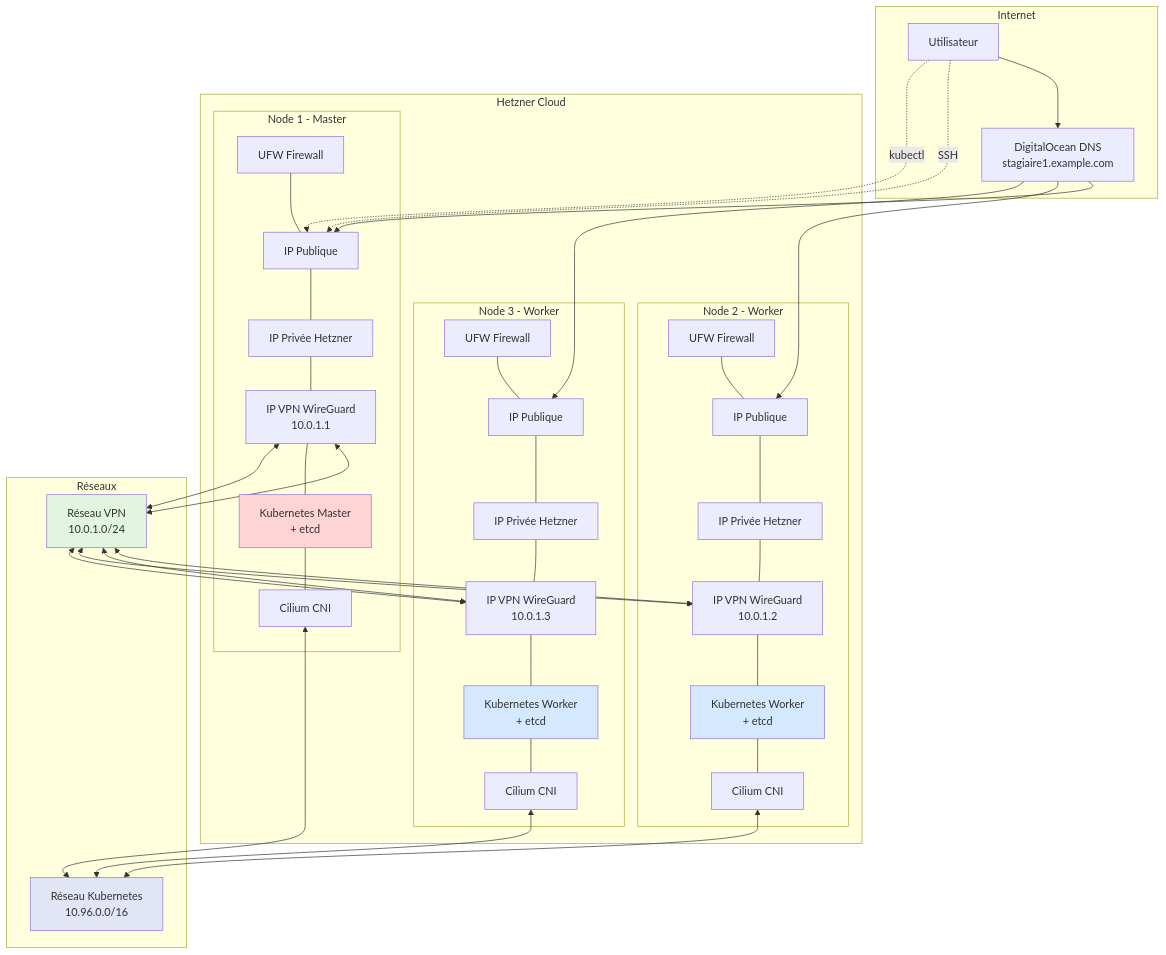
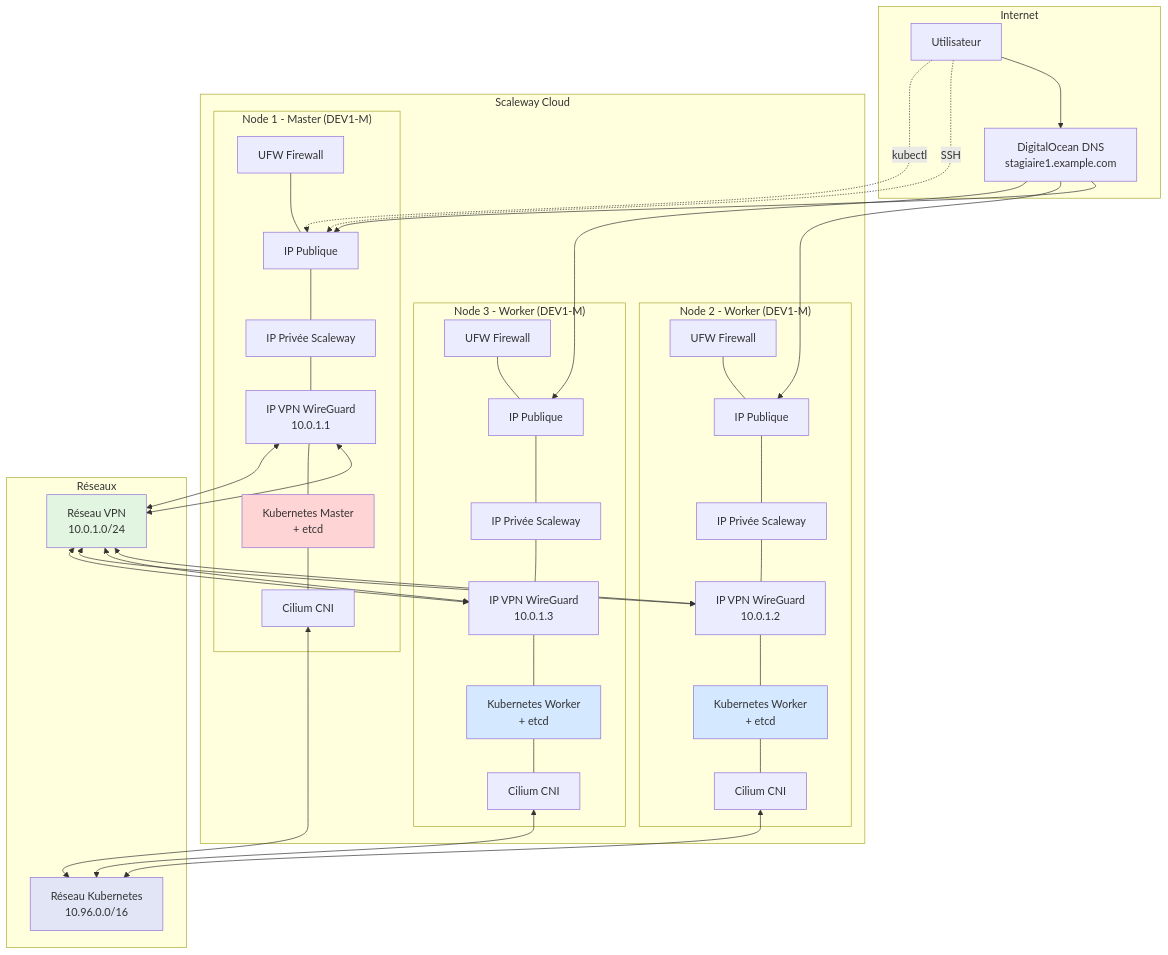
Before and after one commit to e-lie/formation-kube-unified: the diagram in 270_tp_kube_tofu/images/architecture.mmd, drawn with Mermaid. The commit also changed 1 other file, not shown here.

Commit message:
update schema

```diff
--- a/270_tp_kube_tofu/images/architecture.mmd
+++ b/270_tp_kube_tofu/images/architecture.mmd
@@ -1,87 +1,87 @@
 graph TB
     subgraph "Internet"
         DNS[DigitalOcean DNS<br/>stagiaire1.example.com]
         User[Utilisateur]
     end
     
-    subgraph "Hetzner Cloud"
-        subgraph "Node 1 - Master"
+    subgraph "Scaleway Cloud"
+        subgraph "Node 1 - Master (DEV1-M)"
             N1_PUB[IP Publique]
-            N1_PRIV[IP Privée Hetzner]
+            N1_PRIV[IP Privée Scaleway]
             N1_VPN[IP VPN WireGuard<br/>10.0.1.1]
             N1_K8S[Kubernetes Master<br/>+ etcd]
             N1_UFW[UFW Firewall]
             N1_CILIUM[Cilium CNI]
         end
         
-        subgraph "Node 2 - Worker"
+        subgraph "Node 2 - Worker (DEV1-M)"
             N2_PUB[IP Publique]
-            N2_PRIV[IP Privée Hetzner]
+            N2_PRIV[IP Privée Scaleway]
             N2_VPN[IP VPN WireGuard<br/>10.0.1.2]
             N2_K8S[Kubernetes Worker<br/>+ etcd]
             N2_UFW[UFW Firewall]
             N2_CILIUM[Cilium CNI]
         end
         
-        subgraph "Node 3 - Worker"
+        subgraph "Node 3 - Worker (DEV1-M)"
             N3_PUB[IP Publique]
-            N3_PRIV[IP Privée Hetzner]
+            N3_PRIV[IP Privée Scaleway]
             N3_VPN[IP VPN WireGuard<br/>10.0.1.3]
             N3_K8S[Kubernetes Worker<br/>+ etcd]
             N3_UFW[UFW Firewall]
             N3_CILIUM[Cilium CNI]
         end
     end
     
     subgraph "Réseaux"
         VPN_NET[Réseau VPN<br/>10.0.1.0/24]
         K8S_NET[Réseau Kubernetes<br/>10.96.0.0/16]
     end
     
     %% Connexions DNS
     DNS --> N1_PUB
     DNS --> N2_PUB
     DNS --> N3_PUB
     
     %% Connexions utilisateur
     User --> DNS
     User -.->|SSH| N1_PUB
     User -.->|kubectl| N1_PUB
     
     %% Connexions VPN
     N1_VPN <--> VPN_NET
     N2_VPN <--> VPN_NET
     N3_VPN <--> VPN_NET
     VPN_NET <--> N1_VPN
     VPN_NET <--> N2_VPN
     VPN_NET <--> N3_VPN
     
     %% Connexions Kubernetes
     N1_CILIUM <--> K8S_NET
     N2_CILIUM <--> K8S_NET
     N3_CILIUM <--> K8S_NET
     
     %% Relations internes
     N1_PUB --- N1_PRIV
     N1_PRIV --- N1_VPN
     N1_VPN --- N1_K8S
     N1_K8S --- N1_CILIUM
     N1_UFW --- N1_PUB
     
     N2_PUB --- N2_PRIV
     N2_PRIV --- N2_VPN
     N2_VPN --- N2_K8S
     N2_K8S --- N2_CILIUM
     N2_UFW --- N2_PUB
     
     N3_PUB --- N3_PRIV
     N3_PRIV --- N3_VPN
     N3_VPN --- N3_K8S
     N3_K8S --- N3_CILIUM
     N3_UFW --- N3_PUB
     
     style VPN_NET fill:#e1f5e1
     style K8S_NET fill:#e1e5f5
     style N1_K8S fill:#ffd4d4
     style N2_K8S fill:#d4e8ff
     style N3_K8S fill:#d4e8ff
```
